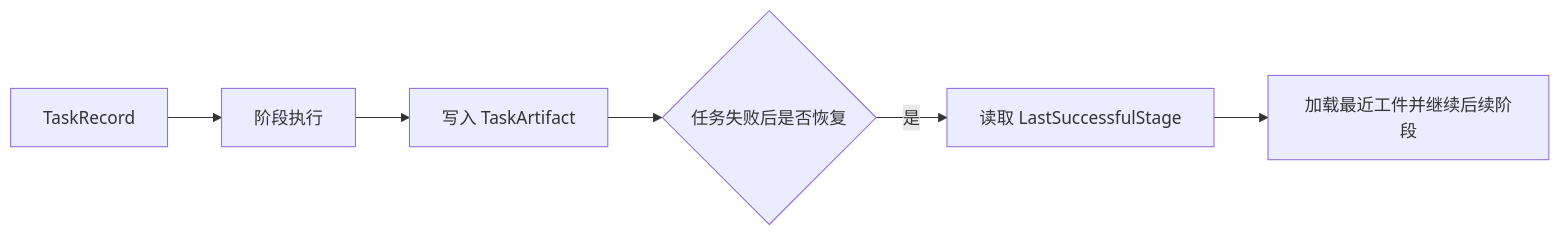
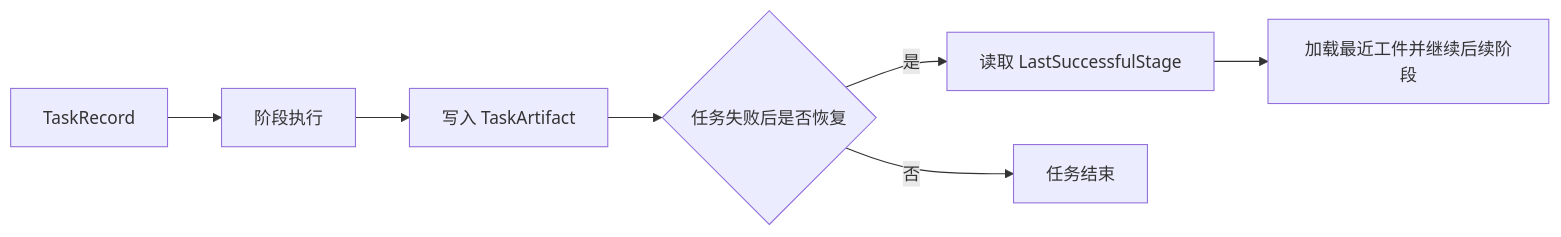
The second of 2 diagrams in docs/architecture/overview/domain-model.md (daohunliwei/Heimdall), drawn with Mermaid before and after one commit. The commit also changed other lines of this file and 4 other files, not shown here.

First line of the commit message:
doc: 修复架构文档链接跳转与Mermaid语法错误

````diff
--- a/docs/architecture/overview/domain-model.md
+++ b/docs/architecture/overview/domain-model.md
@@ -71,8 +71,9 @@
 ```mermaid
 flowchart LR
     Task[TaskRecord] --> Stage1[阶段执行]
     Stage1 --> Artifact[写入 TaskArtifact]
     Artifact --> Resume{任务失败后是否恢复}
     Resume -->|是| LastStage[读取 LastSuccessfulStage]
+    Resume -->|否| End[任务结束]
     LastStage --> Replay[加载最近工件并继续后续阶段]
 ```
````
